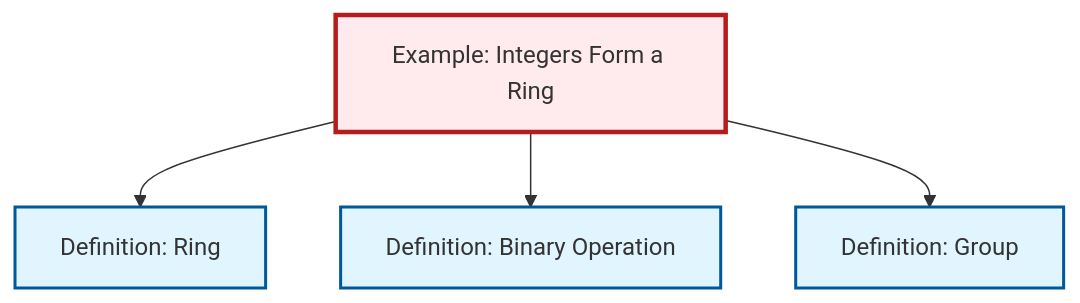
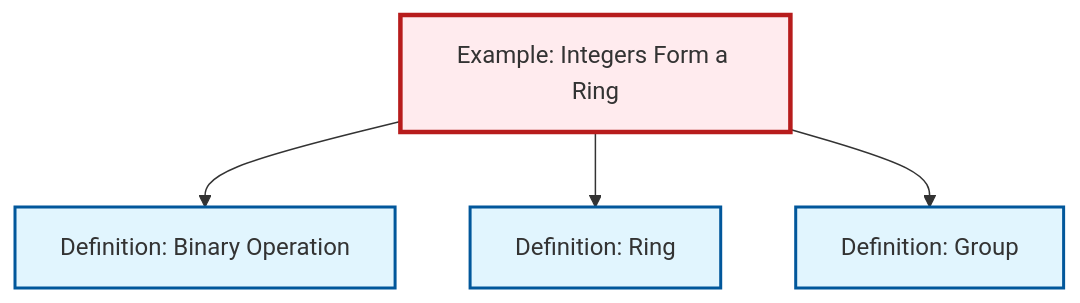
Before and after one commit to RK0429/ModernMath: the diagram in output/mermaid/ex-integers-ring.mermaid, drawn with Mermaid. The commit also changed other lines of this file and 1118 other files, not shown here.

````diff
--- a/output/mermaid/ex-integers-ring.mermaid
+++ b/output/mermaid/ex-integers-ring.mermaid
@@ -1,17 +1,17 @@
 ```{mermaid}
 %%| fig-cap: "Local dependency graph"
 graph TD
     classDef definition fill:#e1f5fe,stroke:#01579b,stroke-width:2px
     classDef theorem fill:#f3e5f5,stroke:#4a148c,stroke-width:2px
     classDef axiom fill:#fff3e0,stroke:#e65100,stroke-width:2px
     classDef example fill:#e8f5e9,stroke:#1b5e20,stroke-width:2px
     classDef current fill:#ffebee,stroke:#b71c1c,stroke-width:3px
+    ex-integers-ring["Example: Integers Form a Ring"]:::example
+    def-ring["Definition: Ring"]:::definition
+    def-group["Definition: Group"]:::definition
     def-binary-operation["Definition: Binary Operation"]:::definition
-    def-ring["Definition: Ring"]:::definition
-    ex-integers-ring["Example: Integers Form a Ring"]:::example
-    def-group["Definition: Group"]:::definition
+    ex-integers-ring --> def-binary-operation
     ex-integers-ring --> def-ring
-    ex-integers-ring --> def-binary-operation
     ex-integers-ring --> def-group
     class ex-integers-ring current
 ```
````
